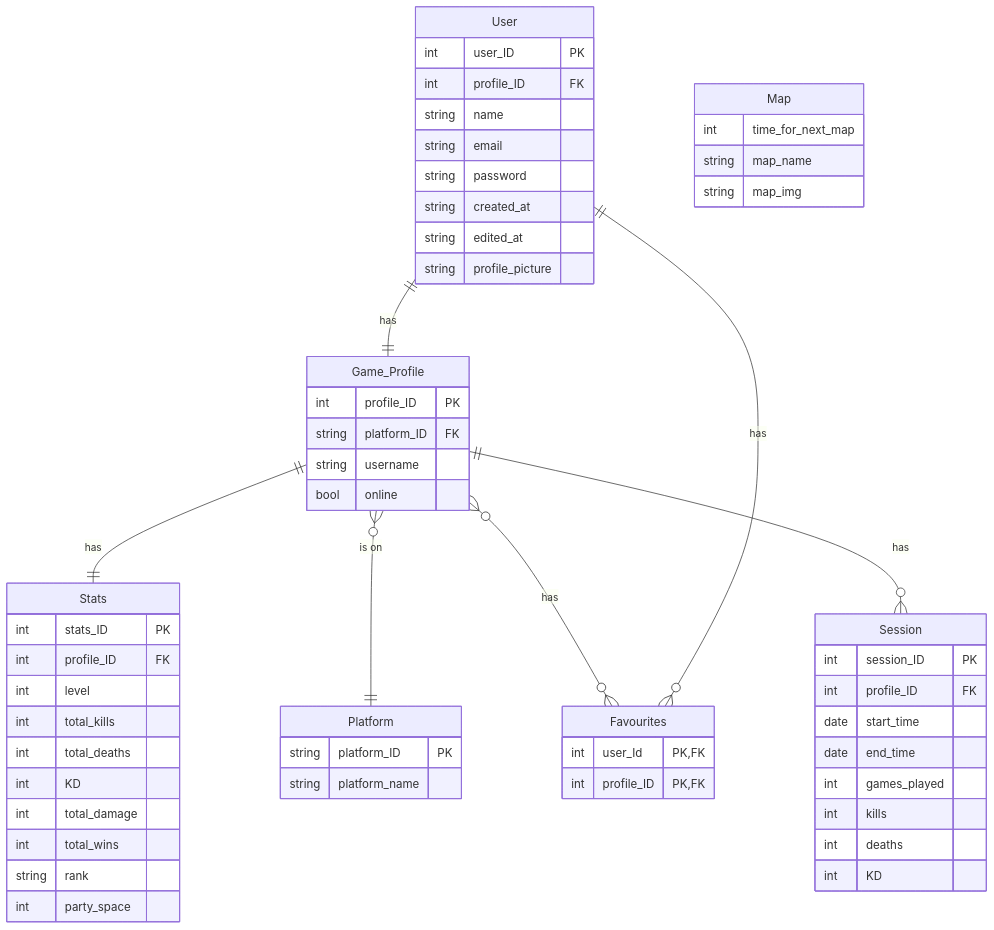
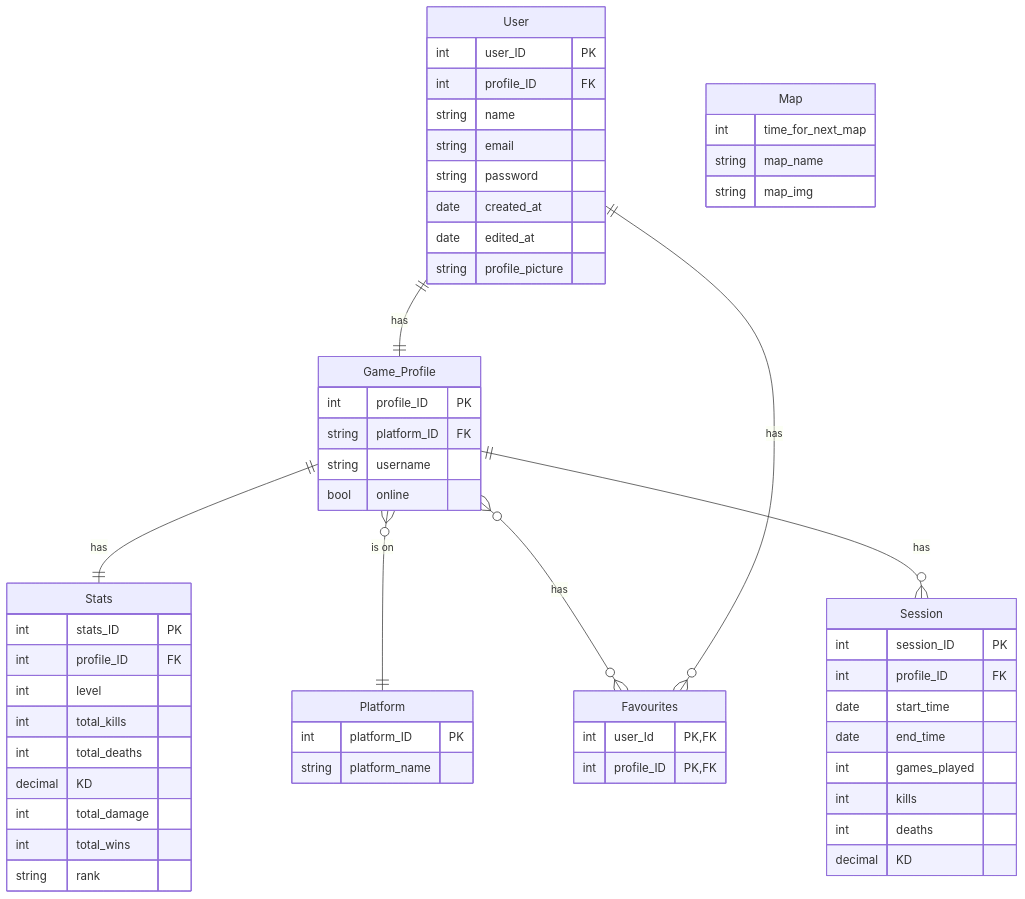
The diagram in README.md (ryanwiwcharyk/project-brainrot), drawn with Mermaid before and after one commit. The commit also changed other lines of this file, not shown here.

Commit message:
Added error validation for API routes

````diff
--- a/README.md
+++ b/README.md
@@ -50,62 +50,61 @@
 ```mermaid
 erDiagram
         User ||--|| Game_Profile: has
     Game_Profile ||--|| Stats: has
     Game_Profile }o--|| Platform: "is on"
     Game_Profile }o--o{ Favourites: has
     Game_Profile ||--o{ Session: has
     User ||--o{ Favourites: has
 
 
     User {
         int user_ID PK
         int profile_ID FK
         string name
         string email
         string password
-        string created_at
-        string edited_at
+        date created_at
+        date edited_at
         string profile_picture
     }
     Favourites{
         int user_Id PK,FK
         int profile_ID PK,FK
     }
     Game_Profile{
         int profile_ID PK
         string platform_ID FK
         string username
         bool online
     }
     Platform{
-        string platform_ID PK
+        int platform_ID PK
         string platform_name
     }
     Stats {
         int stats_ID PK
         int profile_ID FK
         int level
         int total_kills
         int total_deaths
-        int KD
+        decimal KD
         int total_damage
         int total_wins
         string rank
-        int party_space
     }
     Session{
         int session_ID PK
         int profile_ID FK
         date start_time
         date end_time
         int games_played
         int kills
         int deaths
-        int KD
+        decimal KD
     }
     Map{
         int time_for_next_map
         string map_name
         string map_img
     }
 ```
````
